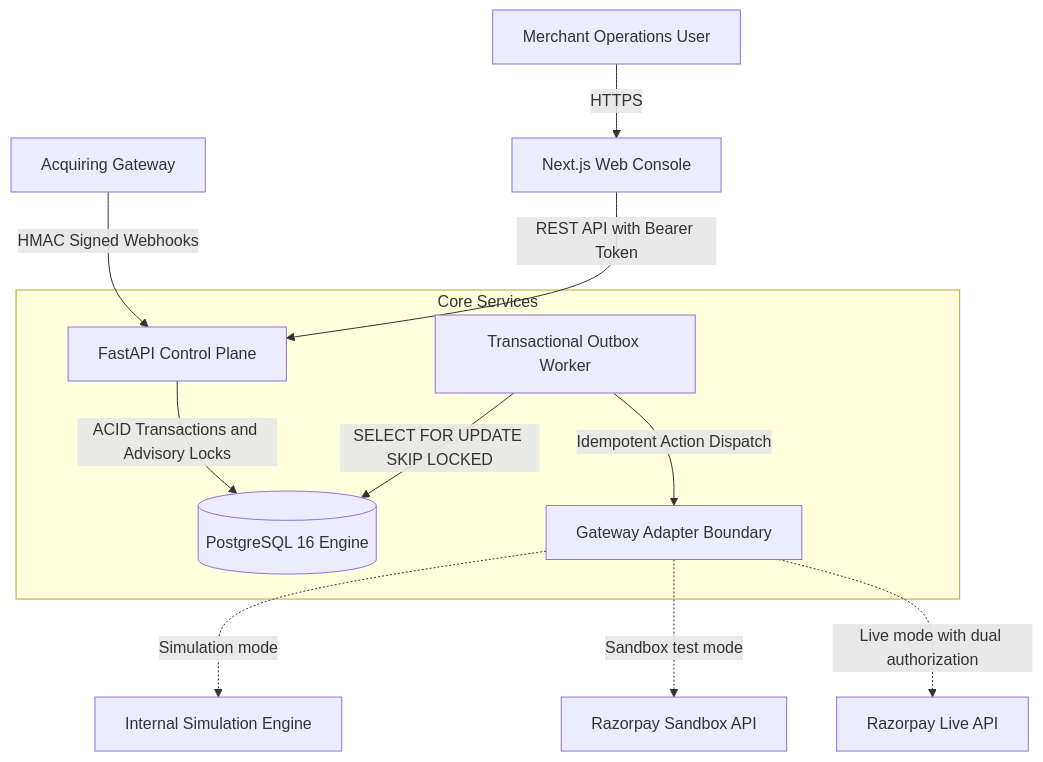
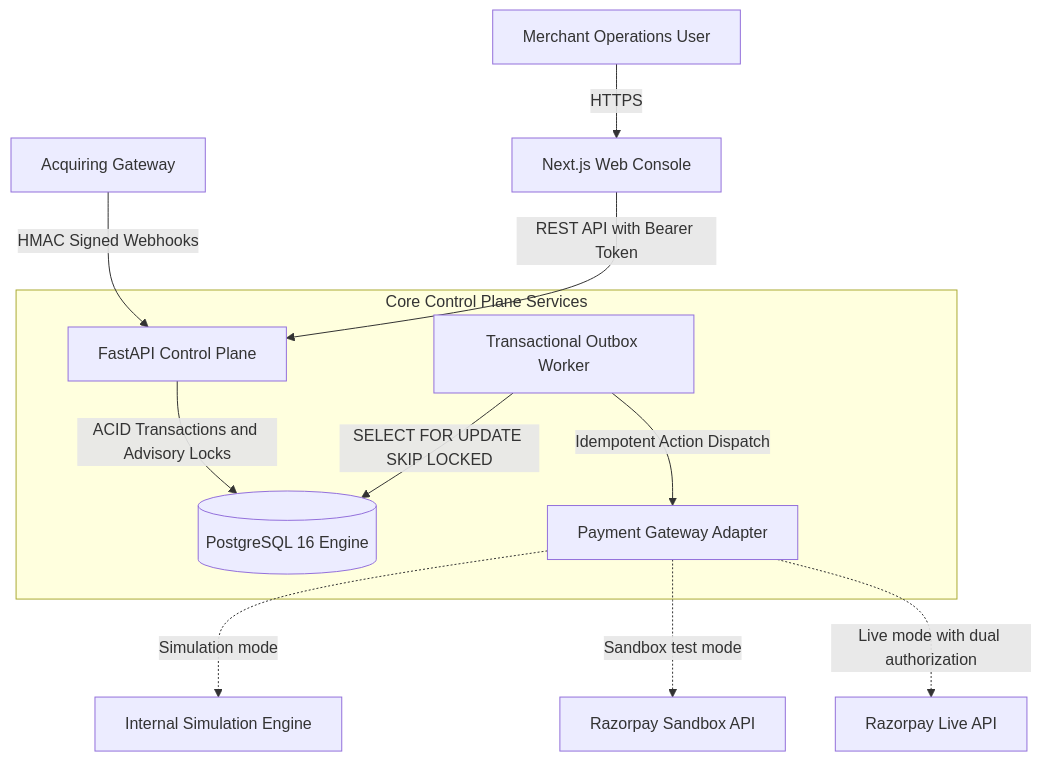
One commit to AYUSH676-JARVIS/RAY changed the second of 2 diagrams in README.md. Above: the diagram before and after it, drawn with Mermaid. The commit also changed other lines of this file and 1 other file, not shown here.

````diff
--- a/README.md
+++ b/README.md
@@ -78,16 +58,16 @@
 ```mermaid
 flowchart TD
     Client["Merchant Operations User"] -->|"HTTPS"| WebApp["Next.js Web Console"]
     Acquirer["Acquiring Gateway"] -->|"HMAC Signed Webhooks"| API["FastAPI Control Plane"]
     WebApp -->|"REST API with Bearer Token"| API
 
-    subgraph CoreServices ["Core Services"]
+    subgraph CoreServices ["Core Control Plane Services"]
         API -->|"ACID Transactions and Advisory Locks"| DB[("PostgreSQL 16 Engine")]
         Worker["Transactional Outbox Worker"] -->|"SELECT FOR UPDATE SKIP LOCKED"| DB
-        Worker -->|"Idempotent Action Dispatch"| GatewayAdapter["Gateway Adapter Boundary"]
+        Worker -->|"Idempotent Action Dispatch"| GatewayAdapter["Payment Gateway Adapter"]
     end
 
     GatewayAdapter -.->|"Simulation mode"| SimEngine["Internal Simulation Engine"]
     GatewayAdapter -.->|"Sandbox test mode"| RzpSandbox["Razorpay Sandbox API"]
     GatewayAdapter -.->|"Live mode with dual authorization"| RzpLive["Razorpay Live API"]
 ```
````
